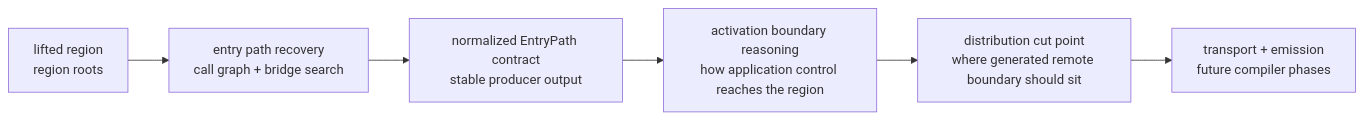
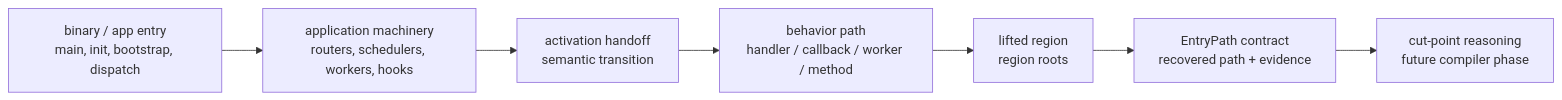
Before and after one commit to tgoodwin/monolift: the first of 3 diagrams in docs/site/docs/entrypath-bridge.md, drawn with Mermaid. The commit also changed other lines of this file and 2 other files, not shown here.

Commit message:
Clarify activation handoff docs

````diff
--- a/docs/site/docs/entrypath-bridge.md
+++ b/docs/site/docs/entrypath-bridge.md
@@ -71,8 +86,9 @@
 ```mermaid
 flowchart LR
-    A["lifted region<br/>region roots"] --> B["entry path recovery<br/>call graph + bridge search"]
-    B --> C["normalized EntryPath contract<br/>stable producer output"]
-    C --> D["activation boundary reasoning<br/>how application control reaches the region"]
-    D --> E["distribution cut point<br/>where generated remote boundary should sit"]
-    E --> F["transport + emission<br/>future compiler phases"]
+    A["binary / app entry<br/>main, init, bootstrap, dispatch"] --> B["application machinery<br/>routers, schedulers, workers, hooks"]
+    B --> C["activation handoff<br/>semantic transition"]
+    C --> D["behavior path<br/>handler / callback / worker / method"]
+    D --> E["lifted region<br/>region roots"]
+    E --> F["EntryPath contract<br/>recovered path + evidence"]
+    F --> G["cut-point reasoning<br/>future compiler phase"]
 ```
````
